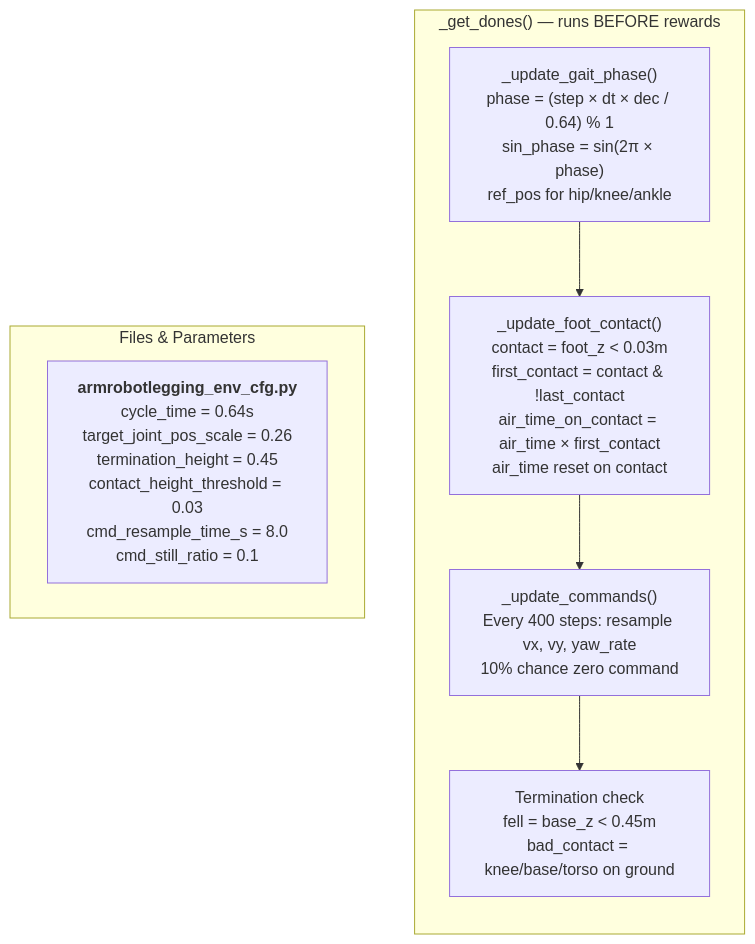
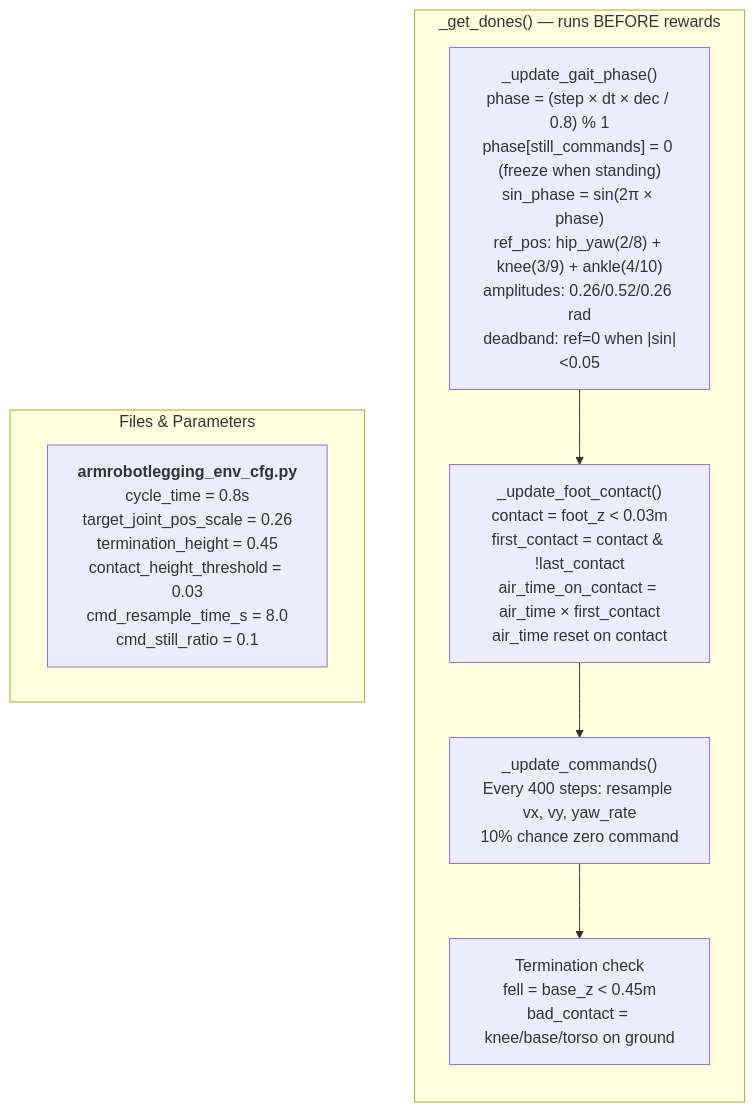
The fourth of 8 diagrams in docs/TRAINING_FLOW.md (armmarov/armrobot), drawn with Mermaid before and after one commit. The commit also changed other lines of this file and 8 other files, not shown here.

First line of the commit message:
Run 8: Match EngineAI gait reference (3 joints/leg) + phase freeze + contact penalty

````diff
--- a/docs/TRAINING_FLOW.md
+++ b/docs/TRAINING_FLOW.md
@@ -94,15 +94,15 @@
 ```mermaid
 flowchart TB
     subgraph DONES["_get_dones() — runs BEFORE rewards"]
         direction TB
-        GP["_update_gait_phase()<br/>phase = (step × dt × dec / 0.64) % 1<br/>sin_phase = sin(2π × phase)<br/>ref_pos for hip/knee/ankle"]
+        GP["_update_gait_phase()<br/>phase = (step × dt × dec / 0.8) % 1<br/>phase[still_commands] = 0 (freeze when standing)<br/>sin_phase = sin(2π × phase)<br/>ref_pos: hip_yaw(2/8) + knee(3/9) + ankle(4/10)<br/>amplitudes: 0.26/0.52/0.26 rad<br/>deadband: ref=0 when |sin|<0.05"]
         FC["_update_foot_contact()<br/>contact = foot_z < 0.03m<br/>first_contact = contact & !last_contact<br/>air_time_on_contact = air_time × first_contact<br/>air_time reset on contact"]
         CMD["_update_commands()<br/>Every 400 steps: resample vx, vy, yaw_rate<br/>10% chance zero command"]
         TERM["Termination check<br/>fell = base_z < 0.45m<br/>bad_contact = knee/base/torso on ground"]
         GP --> FC --> CMD --> TERM
     end
 
     subgraph FILES3["Files & Parameters"]
-        F3["<b>armrobotlegging_env_cfg.py</b><br/>cycle_time = 0.64s<br/>target_joint_pos_scale = 0.26<br/>termination_height = 0.45<br/>contact_height_threshold = 0.03<br/>cmd_resample_time_s = 8.0<br/>cmd_still_ratio = 0.1"]
+        F3["<b>armrobotlegging_env_cfg.py</b><br/>cycle_time = 0.8s<br/>target_joint_pos_scale = 0.26<br/>termination_height = 0.45<br/>contact_height_threshold = 0.03<br/>cmd_resample_time_s = 8.0<br/>cmd_still_ratio = 0.1"]
     end
 ```
````
